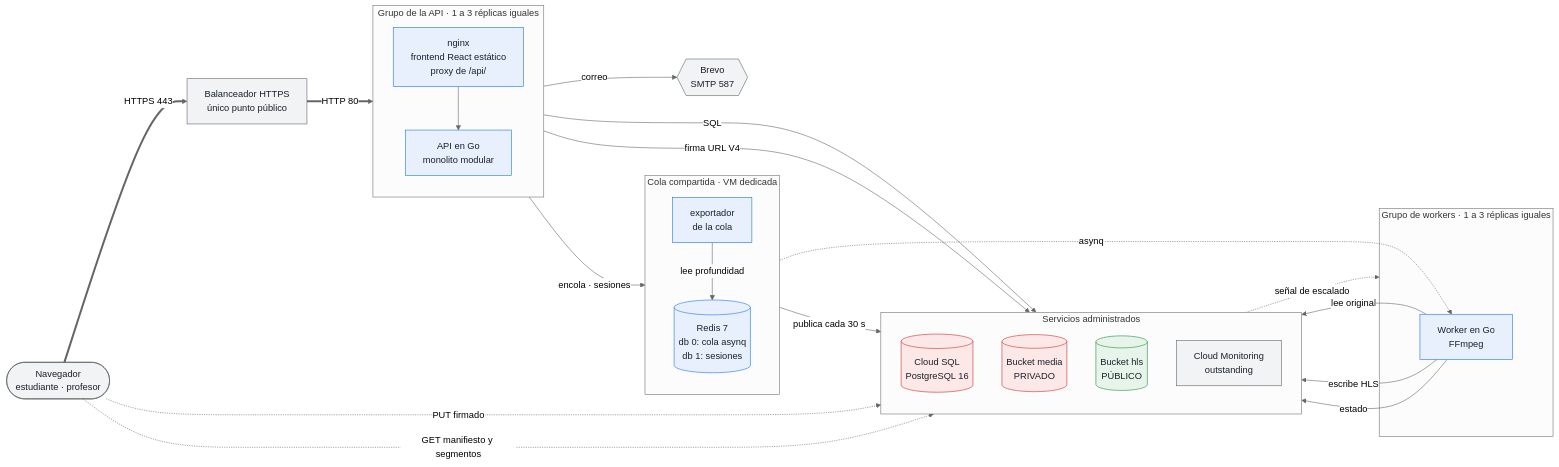
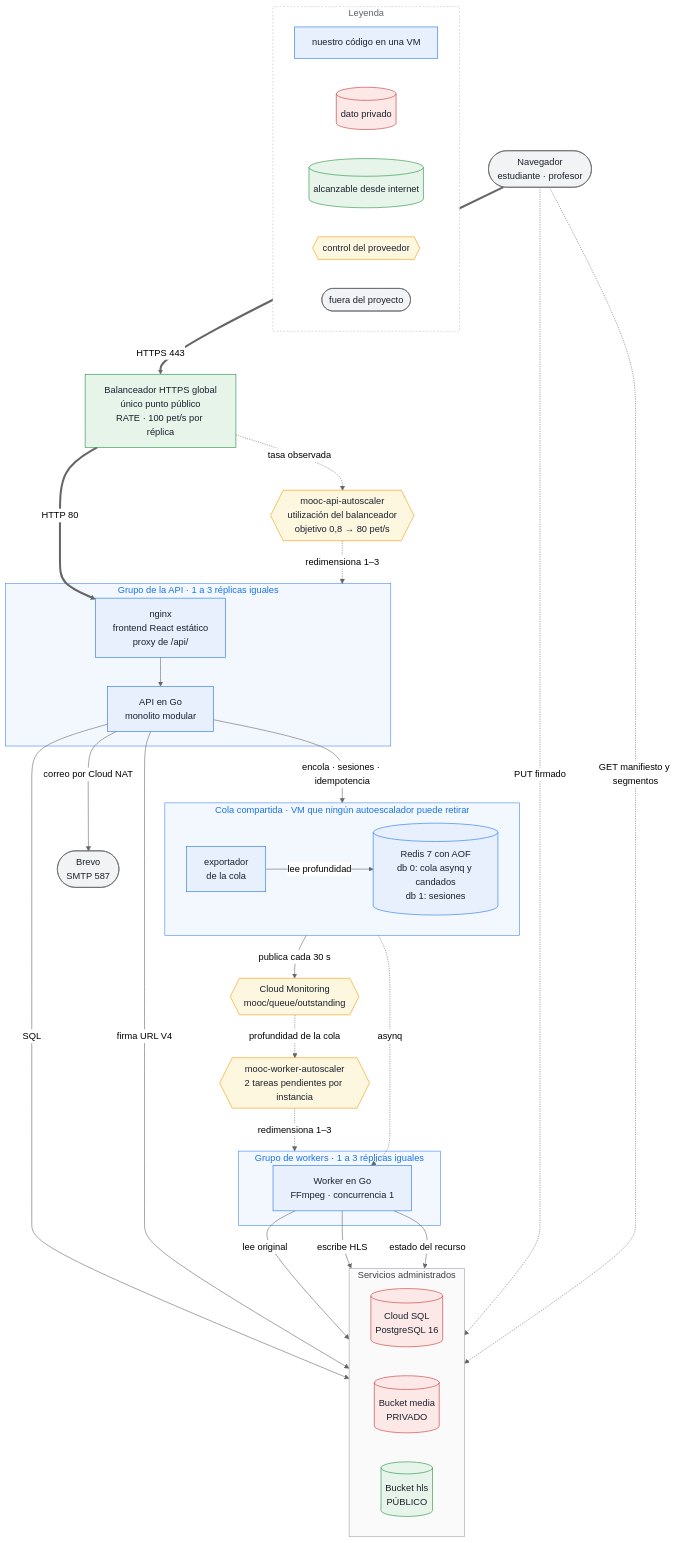
The first of 3 diagrams in docs/entrega3/arquitectura.md (ISIS4426-2026/Plataforma-MOOC), drawn with Mermaid (neutral theme) before and after one commit. The commit also changed other lines of this file, not shown here.

Commit message:
docs(I1): clearer architecture diagrams

````diff
--- a/docs/entrega3/arquitectura.md
+++ b/docs/entrega3/arquitectura.md
@@ -52,57 +52,80 @@
 ```mermaid
-flowchart LR
+flowchart TB
     nav(["Navegador<br/>estudiante · profesor"])
-    lb["Balanceador HTTPS<br/>único punto público"]
+    lb["Balanceador HTTPS global<br/>único punto público<br/>RATE · 100 pet/s por réplica"]
+    asapi{{"mooc-api-autoscaler<br/>utilización del balanceador<br/>objetivo 0,8 → 80 pet/s"}}
 
     subgraph apig ["Grupo de la API · 1 a 3 réplicas iguales"]
-        direction TB
         front["nginx<br/>frontend React estático<br/>proxy de /api/"]
         api["API en Go<br/>monolito modular"]
     end
 
-    subgraph cola ["Cola compartida · VM dedicada"]
-        direction TB
-        redis[("Redis 7<br/>db 0: cola asynq<br/>db 1: sesiones")]
+    subgraph cola ["Cola compartida · VM que ningún autoescalador puede retirar"]
+        direction LR
+        redis[("Redis 7 con AOF<br/>db 0: cola asynq y candados<br/>db 1: sesiones")]
         exp["exportador<br/>de la cola"]
     end
 
+    mon{{"Cloud Monitoring<br/>mooc/queue/outstanding"}}
+    aswk{{"mooc-worker-autoscaler<br/>2 tareas pendientes por instancia"}}
+
     subgraph wkg ["Grupo de workers · 1 a 3 réplicas iguales"]
-        wk["Worker en Go<br/>FFmpeg"]
+        wk["Worker en Go<br/>FFmpeg · concurrencia 1"]
     end
 
     subgraph adm ["Servicios administrados"]
-        direction TB
+        direction LR
         db[("Cloud SQL<br/>PostgreSQL 16")]
         media[("Bucket media<br/>PRIVADO")]
         hls[("Bucket hls<br/>PÚBLICO")]
-        mon["Cloud Monitoring<br/>outstanding"]
     end
 
-    smtp{{"Brevo<br/>SMTP 587"}}
+    smtp(["Brevo<br/>SMTP 587"])
 
     nav ==>|"HTTPS 443"| lb
     lb ==>|"HTTP 80"| front
     front --> api
     api -->|"SQL"| db
-    api -->|"encola · sesiones"| redis
+    api -->|"encola · sesiones · idempotencia"| redis
     api -->|"firma URL V4"| media
-    api -->|"correo"| smtp
+    api -->|"correo por Cloud NAT"| smtp
     redis -.->|"asynq"| wk
     wk -->|"lee original"| media
     wk -->|"escribe HLS"| hls
-    wk -->|"estado"| db
+    wk -->|"estado del recurso"| db
     exp -->|"lee profundidad"| redis
     exp -->|"publica cada 30 s"| mon
-    mon -.->|"señal de escalado"| wkg
     nav -.->|"PUT firmado"| media
     nav -.->|"GET manifiesto y segmentos"| hls
+
+    lb -.->|"tasa observada"| asapi
+    asapi -.->|"redimensiona 1–3"| apig
+    mon -.->|"profundidad de la cola"| aswk
+    aswk -.->|"redimensiona 1–3"| wkg
+
+    subgraph leyenda ["Leyenda"]
+        direction LR
+        k1["nuestro código en una VM"]
+        k2[("dato privado")]
+        k3[("alcanzable desde internet")]
+        k4{{"control del proveedor"}}
+        k5(["fuera del proyecto"])
+    end
 
     classDef privado fill:#fde8e8,stroke:#c53030,color:#1a202c
     classDef publico fill:#e6f4ea,stroke:#1e8e3e,color:#1a202c
     classDef proc fill:#e8f0fe,stroke:#1a73e8,color:#1a202c
+    classDef control fill:#fef7e0,stroke:#f29900,color:#1a202c
     classDef ext fill:#f1f3f4,stroke:#5f6368,color:#1a202c
-    class media,db privado
-    class hls publico
-    class front,api,wk,redis,exp proc
-    class nav,lb,smtp,mon ext
+    class media,db,k2 privado
+    class hls,lb,k3 publico
+    class front,api,wk,redis,exp,k1 proc
+    class asapi,aswk,mon,k4 control
+    class nav,smtp,k5 ext
+
+    style apig fill:#f3f8ff,stroke:#4285f4,color:#1a73e8
+    style wkg fill:#f3f8ff,stroke:#4285f4,color:#1a73e8
+    style cola fill:#f3f8ff,stroke:#4285f4,color:#1a73e8
+    style adm fill:#fafafa,stroke:#9aa0a6,color:#3c4043
+    style leyenda fill:#ffffff,stroke:#bdc1c6,stroke-dasharray:3 3,color:#5f6368
 ```
````
